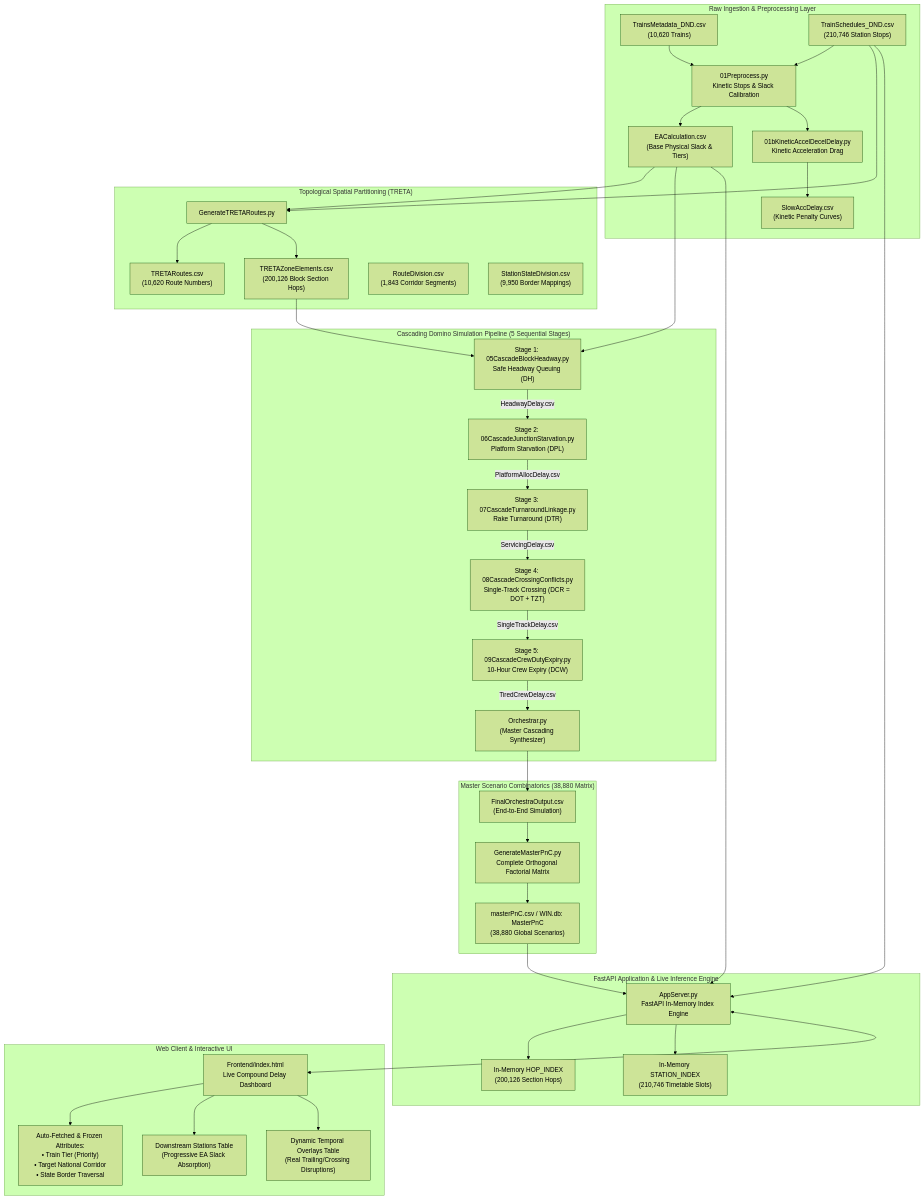
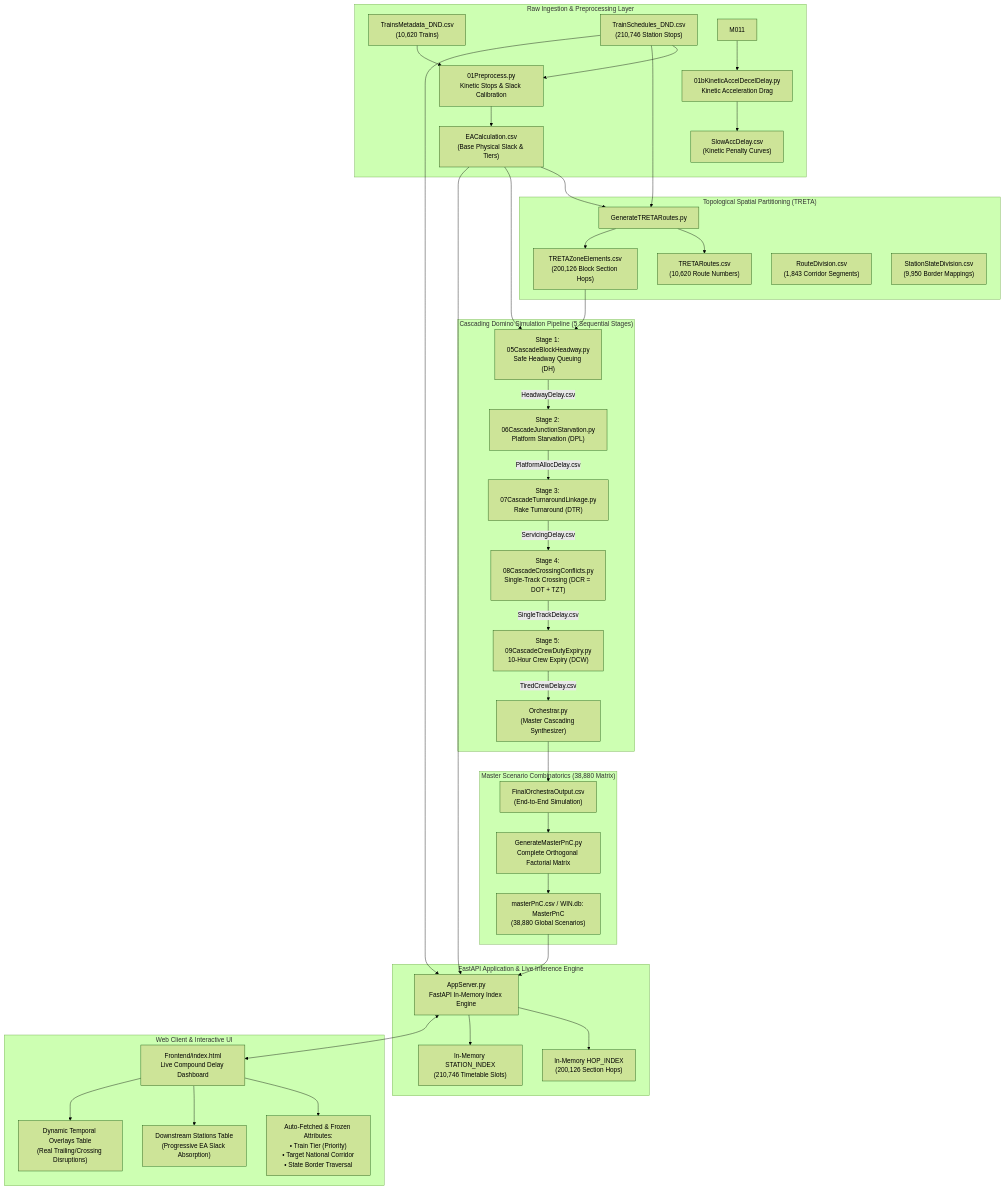
The first of 4 diagrams in BlackSheep2 - RRU/SYSTEM_DIAGRAMS_FORMULAS_AND_DATABASES.md (bratatech/Admin-DTRS), drawn with Mermaid (forest theme) before and after one commit.

Commit message:
Updated v2

````diff
--- a/BlackSheep2 - RRU/SYSTEM_DIAGRAMS_FORMULAS_AND_DATABASES.md
+++ b/BlackSheep2 - RRU/SYSTEM_DIAGRAMS_FORMULAS_AND_DATABASES.md
@@ -11,80 +11,80 @@
 ```mermaid
 flowchart TB
     subgraph S1["Raw Ingestion & Preprocessing Layer"]
         RAW_META["TrainsMetadata_DND.csv<br/>(10,620 Trains)"]
         RAW_SCHED["TrainSchedules_DND.csv<br/>(210,746 Station Stops)"]
         M01["01Preprocess.py<br/>Kinetic Stops & Slack Calibration"]
         M01B["01bKineticAccelDecelDelay.py<br/>Kinetic Acceleration Drag"]
         EA_CALC["EACalculation.csv<br/>(Base Physical Slack & Tiers)"]
         SLOW_ACC["SlowAccDelay.csv<br/>(Kinetic Penalty Curves)"]
         
         RAW_META --> M01
         RAW_SCHED --> M01
         M01 --> EA_CALC
-        M01 --> M01B
+        M011 --> M01B
         M01B --> SLOW_ACC
     end
 
     subgraph S2["Topological Spatial Partitioning (TRETA)"]
         M_TRETA["GenerateTRETARoutes.py"]
         TRETA_R["TRETARoutes.csv<br/>(10,620 Route Numbers)"]
         TRETA_Z["TRETAZoneElements.csv<br/>(200,126 Block Section Hops)"]
         ROUT_DIV["RouteDivision.csv<br/>(1,843 Corridor Segments)"]
         STN_DIV["StationStateDivision.csv<br/>(9,950 Border Mappings)"]
         
         RAW_SCHED --> M_TRETA
         EA_CALC --> M_TRETA
         M_TRETA --> TRETA_R
         M_TRETA --> TRETA_Z
     end
 
     subgraph S3["Cascading Domino Simulation Pipeline (5 Sequential Stages)"]
         M05["Stage 1: 05CascadeBlockHeadway.py<br/>Safe Headway Queuing (DH)"]
         M06["Stage 2: 06CascadeJunctionStarvation.py<br/>Platform Starvation (DPL)"]
         M07["Stage 3: 07CascadeTurnaroundLinkage.py<br/>Rake Turnaround (DTR)"]
         M08["Stage 4: 08CascadeCrossingConflicts.py<br/>Single-Track Crossing (DCR = DOT + TZT)"]
         M09["Stage 5: 09CascadeCrewDutyExpiry.py<br/>10-Hour Crew Expiry (DCW)"]
         
         EA_CALC --> M05
         TRETA_Z --> M05
         M05 -->|HeadwayDelay.csv| M06
         M06 -->|PlatformAllocDelay.csv| M07
         M07 -->|ServicingDelay.csv| M08
         M08 -->|SingleTrackDelay.csv| M09
         M09 -->|TiredCrewDelay.csv| ORCH["Orchestrar.py<br/>(Master Cascading Synthesizer)"]
     end
 
     subgraph S4["Master Scenario Combinatorics (38,880 Matrix)"]
         PNC_GEN["GenerateMasterPnC.py<br/>Complete Orthogonal Factorial Matrix"]
         MASTER_PNC["masterPnC.csv / WIN.db: MasterPnC<br/>(38,880 Global Scenarios)"]
         FINAL_ORCH["FinalOrchestraOutput.csv<br/>(End-to-End Simulation)"]
         
         ORCH --> FINAL_ORCH
         FINAL_ORCH --> PNC_GEN
         PNC_GEN --> MASTER_PNC
     end
 
     subgraph S5["FastAPI Application & Live Inference Engine"]
         SERVER["AppServer.py<br/>FastAPI In-Memory Index Engine"]
         HOP_IDX["In-Memory HOP_INDEX<br/>(200,126 Section Hops)"]
         STN_IDX["In-Memory STATION_INDEX<br/>(210,746 Timetable Slots)"]
         
         MASTER_PNC --> SERVER
         EA_CALC --> SERVER
         RAW_SCHED --> SERVER
         SERVER --> HOP_IDX
         SERVER --> STN_IDX
     end
 
     subgraph S6["Web Client & Interactive UI"]
         UI["Frontend/index.html<br/>Live Compound Delay Dashboard"]
         UI_AUTO["Auto-Fetched & Frozen Attributes:<br/>• Train Tier (Priority)<br/>• Target National Corridor<br/>• State Border Traversal"]
         UI_AHEAD["Downstream Stations Table<br/>(Progressive EA Slack Absorption)"]
         UI_OVERLAY["Dynamic Temporal Overlays Table<br/>(Real Trailing/Crossing Disruptions)"]
         
         SERVER <--> UI
         UI --> UI_AUTO
         UI --> UI_AHEAD
         UI --> UI_OVERLAY
     end
 ```
````
